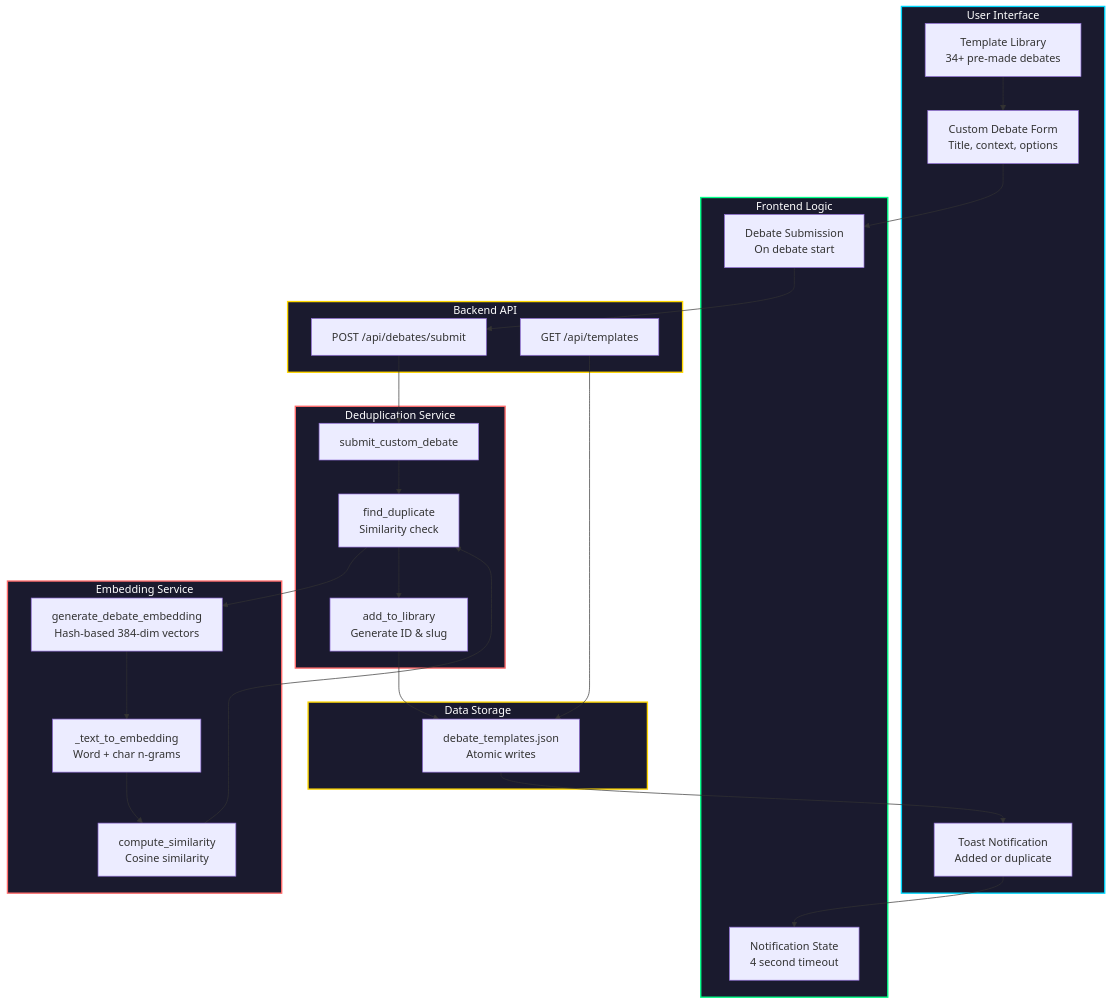
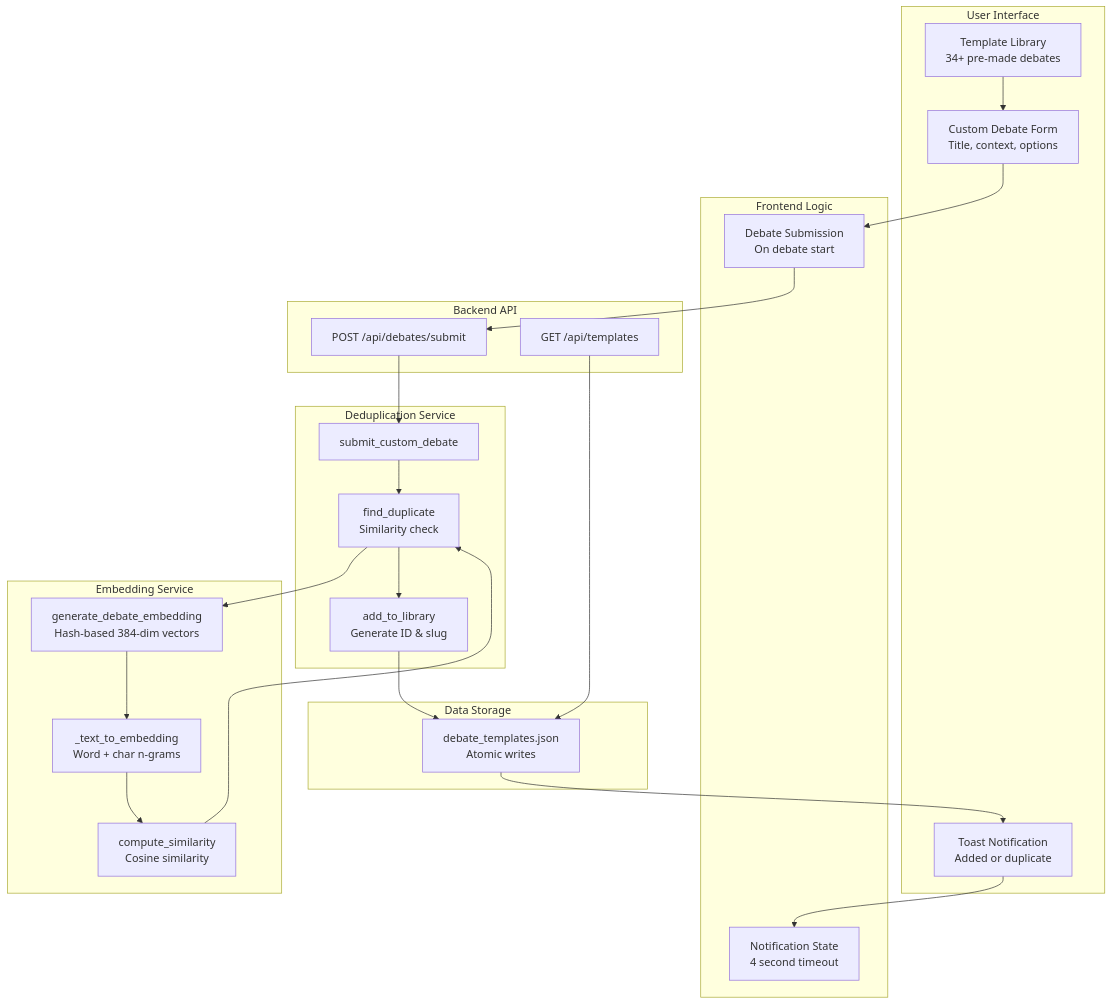
Before and after one commit to khattam/MirrorMind-AI: the ninth of 11 diagrams in docs/feature-architecture-diagrams.md, drawn with Mermaid. The commit also changed other lines of this file, not shown here.

Commit message:
Remove ALL dark background styling from Mermaid diagrams - clean light backgrounds

````diff
--- a/docs/feature-architecture-diagrams.md
+++ b/docs/feature-architecture-diagrams.md
@@ -422,60 +401,53 @@
 ```mermaid
 graph TB
     subgraph UI["User Interface"]
         TemplateLibrary[Template Library<br/>34+ pre-made debates]
         CustomDebateForm[Custom Debate Form<br/>Title, context, options]
         ToastNotification[Toast Notification<br/>Added or duplicate]
     end
     
     subgraph Frontend["Frontend Logic"]
         DebateSubmission[Debate Submission<br/>On debate start]
         NotificationState[Notification State<br/>4 second timeout]
     end
     
     subgraph Backend["Backend API"]
         SubmitEndpoint[POST /api/debates/submit]
         TemplatesEndpoint[GET /api/templates]
     end
     
     subgraph DeduplicationService["Deduplication Service"]
         SubmitDebate[submit_custom_debate]
         FindDuplicate[find_duplicate<br/>Similarity check]
         AddToLibrary[add_to_library<br/>Generate ID & slug]
     end
     
     subgraph EmbeddingService["Embedding Service"]
         GenerateEmbedding[generate_debate_embedding<br/>Hash-based 384-dim vectors]
         ComputeSimilarity[compute_similarity<br/>Cosine similarity]
         TextToEmbedding[_text_to_embedding<br/>Word + char n-grams]
     end
     
     subgraph Storage["Data Storage"]
         TemplatesJSON[debate_templates.json<br/>Atomic writes]
     end
     
     TemplateLibrary --> CustomDebateForm
     CustomDebateForm --> DebateSubmission
     DebateSubmission --> SubmitEndpoint
     
     SubmitEndpoint --> SubmitDebate
     SubmitDebate --> FindDuplicate
     FindDuplicate --> GenerateEmbedding
     GenerateEmbedding --> TextToEmbedding
     TextToEmbedding --> ComputeSimilarity
     
     ComputeSimilarity --> FindDuplicate
     FindDuplicate --> AddToLibrary
     AddToLibrary --> TemplatesJSON
     
     TemplatesJSON --> ToastNotification
     ToastNotification --> NotificationState
     
     TemplatesEndpoint --> TemplatesJSON
-    
-    style UI fill:#1a1a2e,stroke:#00d9ff,stroke-width:2px,color:#fff
-    style Frontend fill:#1a1a2e,stroke:#00ff88,stroke-width:2px,color:#fff
-    style Backend fill:#1a1a2e,stroke:#ffd700,stroke-width:2px,color:#fff
-    style DeduplicationService fill:#1a1a2e,stroke:#ff6b6b,stroke-width:2px,color:#fff
-    style EmbeddingService fill:#1a1a2e,stroke:#ff6b6b,stroke-width:2px,color:#fff
-    style Storage fill:#1a1a2e,stroke:#ffd700,stroke-width:2px,color:#fff
 ```
````
